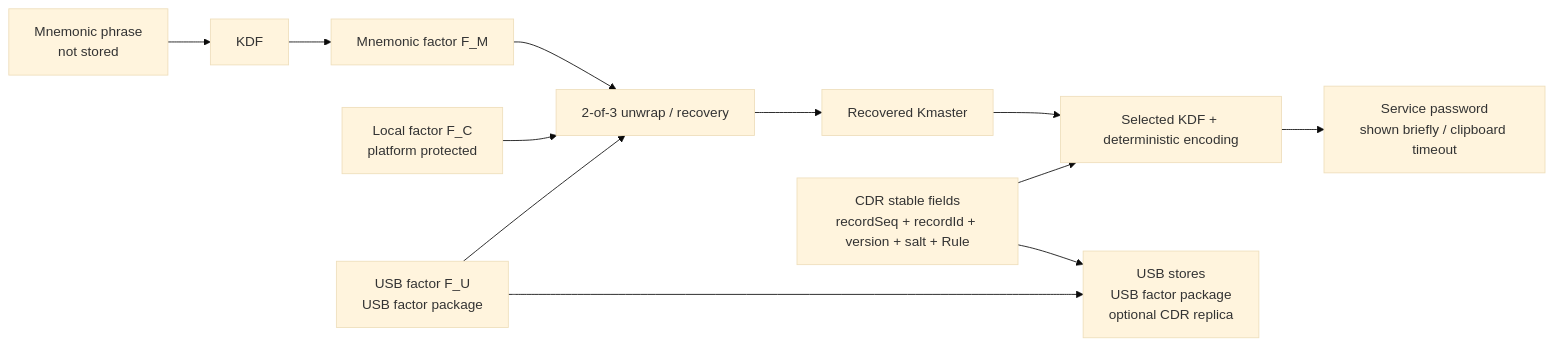
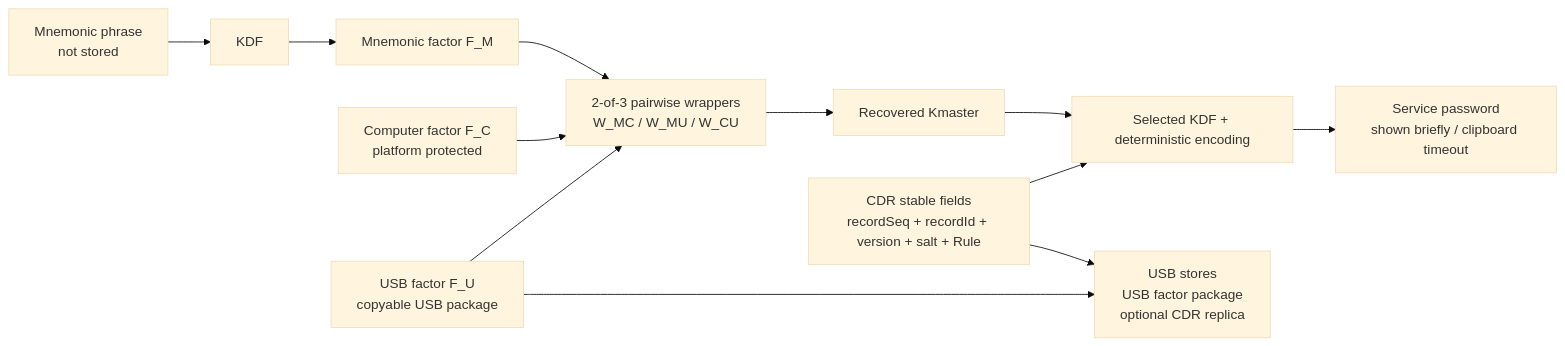
Before and after one commit to ferrarif1/KeyLessPass: the diagram in README.md, drawn with Mermaid (base theme). The commit also changed other lines of this file and 23 other files, not shown here.

````diff
--- a/README.md
+++ b/README.md
@@ -114,14 +136,14 @@
 ```mermaid
 flowchart LR
     M["Mnemonic phrase<br/>not stored"] --> KDF["KDF"]
     KDF --> FM["Mnemonic factor F_M"]
-    FC["Local factor F_C<br/>platform protected"] --> R["2-of-3 unwrap / recovery"]
+    FC["Computer factor F_C<br/>platform protected"] --> R["2-of-3 pairwise wrappers<br/>W_MC / W_MU / W_CU"]
     FM --> R
-    FU["USB factor F_U<br/>USB factor package"] --> R
+    FU["USB factor F_U<br/>copyable USB package"] --> R
     R --> KM["Recovered Kmaster"]
     KM --> D["Selected KDF + deterministic encoding"]
     C["CDR stable fields<br/>recordSeq + recordId + version + salt + Rule"] --> D
     D --> P["Service password<br/>shown briefly / clipboard timeout"]
     FU --> U["USB stores<br/>USB factor package<br/>optional CDR replica<br/"]
     C --> U
 ```
````
